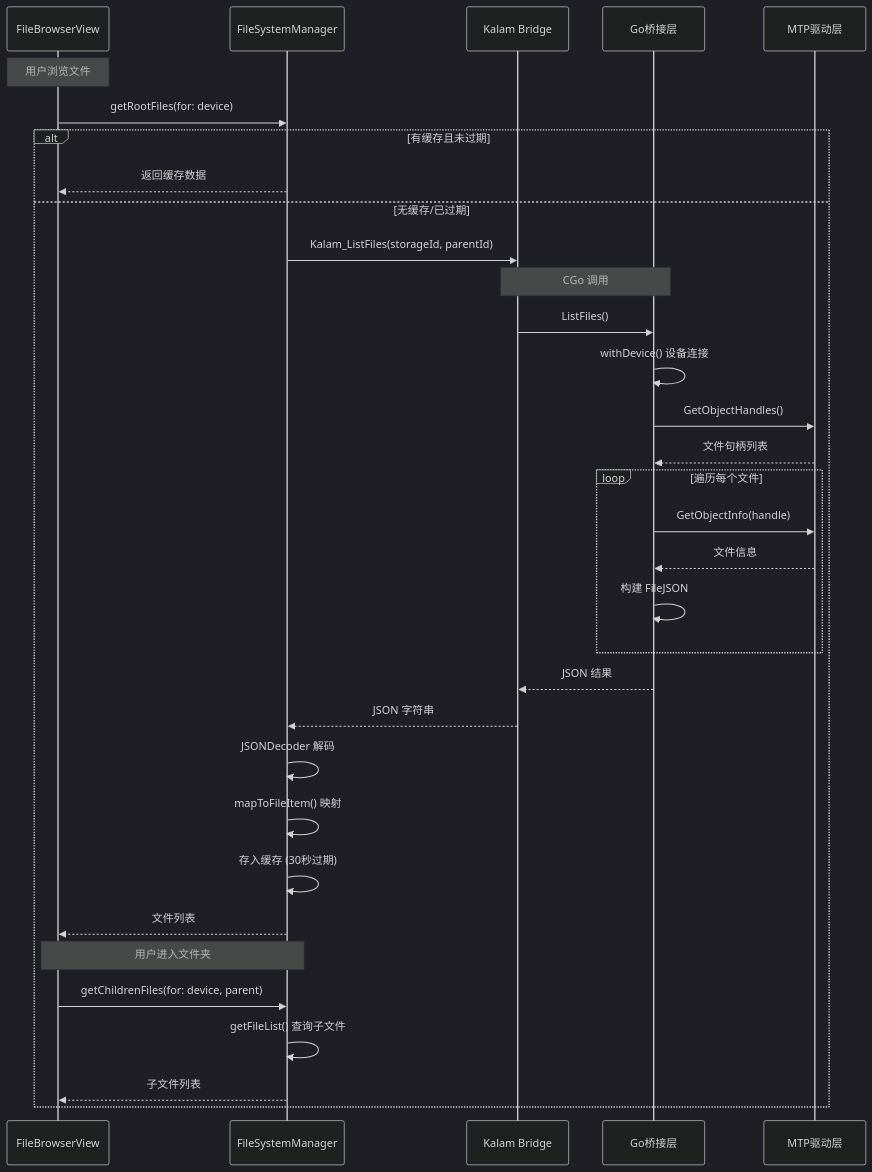
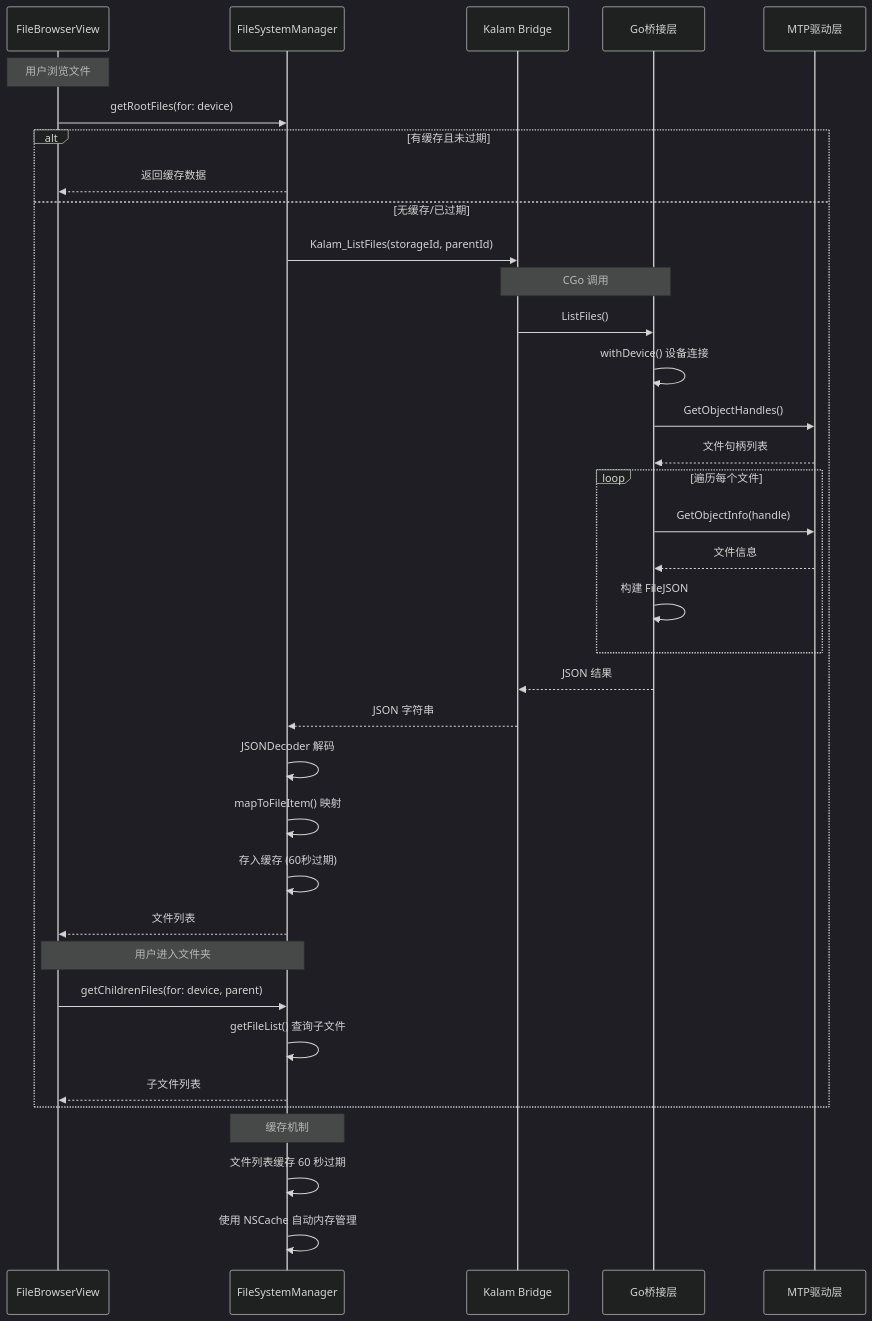
The third of 7 diagrams in docs/sequence-diagrams.md (wang93wei/SwiftMTP), drawn with Mermaid (dark theme) before and after one commit. The commit also changed other lines of this file and 2 other files, not shown here.

````diff
--- a/docs/sequence-diagrams.md
+++ b/docs/sequence-diagrams.md
@@ -254,42 +254,46 @@
 ```mermaid
 sequenceDiagram
     participant View as FileBrowserView
     participant FSM as FileSystemManager
     participant Bridge as Kalam Bridge
     participant Go as Go桥接层
     participant MTP as MTP驱动层
 
     Note over View: 用户浏览文件
     View->>FSM: getRootFiles(for: device)
     
     alt 有缓存且未过期
         FSM-->>View: 返回缓存数据
     else 无缓存/已过期
         FSM->>Bridge: Kalam_ListFiles(storageId, parentId)
         
         Note over Bridge,Go: CGo 调用
         Bridge->>Go: ListFiles()
         Go->>Go: withDevice() 设备连接
         Go->>MTP: GetObjectHandles()
         MTP-->>Go: 文件句柄列表
         
         loop 遍历每个文件
             Go->>MTP: GetObjectInfo(handle)
             MTP-->>Go: 文件信息
             Go->>Go: 构建 FileJSON
         end
         
         Go-->>Bridge: JSON 结果
         Bridge-->>FSM: JSON 字符串
         
         FSM->>FSM: JSONDecoder 解码
         FSM->>FSM: mapToFileItem() 映射
-        FSM->>FSM: 存入缓存 (30秒过期)
+        FSM->>FSM: 存入缓存 (60秒过期)
         FSM-->>View: 文件列表
     
     Note over View,FSM: 用户进入文件夹
     View->>FSM: getChildrenFiles(for: device, parent)
     FSM->>FSM: getFileList() 查询子文件
     FSM-->>View: 子文件列表
     END
+
+    Note over FSM: 缓存机制
+    FSM->>FSM: 文件列表缓存 60 秒过期
+    FSM->>FSM: 使用 NSCache 自动内存管理
 ```
````
